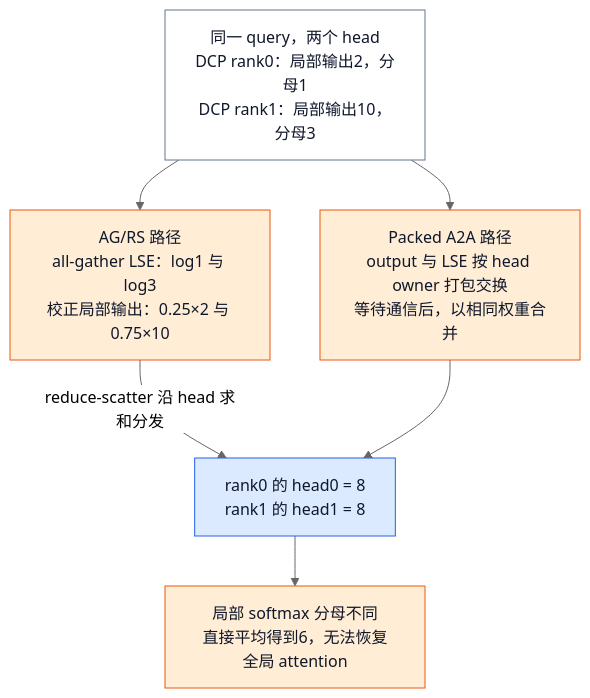
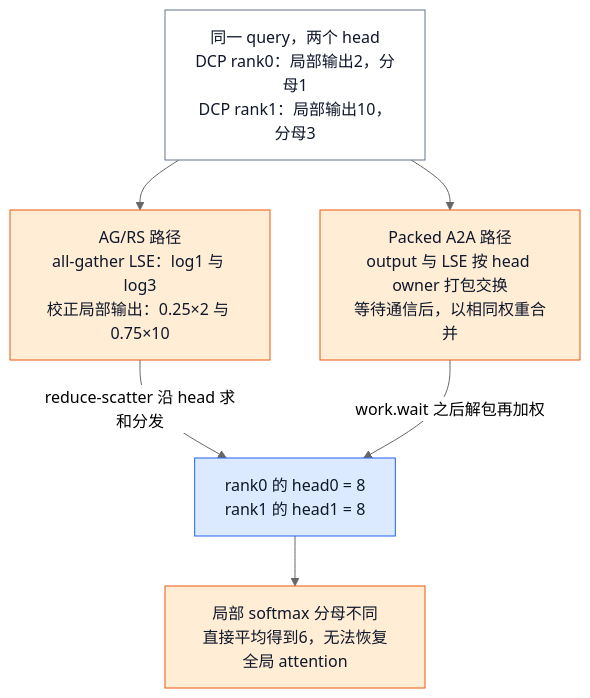
Before and after one commit to suhaibo666/llm-knowledge: the fourth of 6 diagrams in wiki/02_engineering/03_infer_frameworks/vllm/18_vllm_distributed_inference_analysis.md, drawn with Mermaid (neutral theme). The commit also changed other lines of this file and 89 other files, not shown here.

````diff
--- a/wiki/02_engineering/03_infer_frameworks/vllm/18_vllm_distributed_inference_analysis.md
+++ b/wiki/02_engineering/03_infer_frameworks/vllm/18_vllm_distributed_inference_analysis.md
@@ -115,15 +236,15 @@
 ```mermaid
 flowchart TB
     I["同一 query，两个 head<br/>DCP rank0：局部输出2，分母1<br/>DCP rank1：局部输出10，分母3"]
     I --> A["AG/RS 路径<br/>all-gather LSE：log1 与 log3<br/>校正局部输出：0.25×2 与 0.75×10"]
     I --> B["Packed A2A 路径<br/>output 与 LSE 按 head owner 打包交换<br/>等待通信后，以相同权重合并"]
     A -->|reduce-scatter 沿 head 求和分发| O["rank0 的 head0 = 8<br/>rank1 的 head1 = 8"]
-    B --> O
+    B -->|work.wait 之后解包再加权| O
     O --> N["局部 softmax 分母不同<br/>直接平均得到6，无法恢复全局 attention"]
     classDef neutral fill:#ffffff,stroke:#64748b,color:#0f172a
     classDef acc1 fill:#dbeafe,stroke:#2563eb,color:#0f172a
     classDef acc2 fill:#ffedd5,stroke:#ea580c,color:#0f172a
     class I neutral
     class O acc1
     class A,B,N acc2
 ```
````
